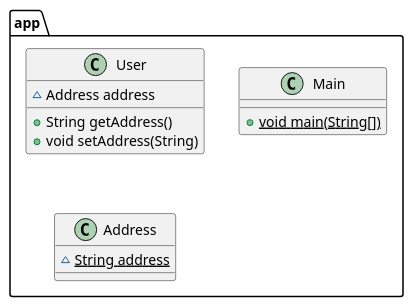
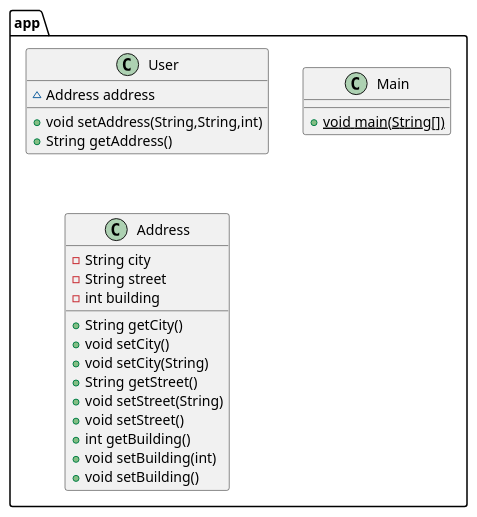
One commit to Serhii-Stepanenko-UA/User-on-GRASP-Expert changed the diagram in _uml_info_expert_user.puml. Above: the diagram before and after it, drawn with PlantUML. The commit also changed 3 other files, not shown here.

```diff
--- a/_uml_info_expert_user.puml
+++ b/_uml_info_expert_user.puml
@@ -1,17 +1,29 @@
 @startuml
 class app.User {
 ~ Address address
++ void setAddress(String,String,int)
 + String getAddress()
-+ void setAddress(String)
 }
 
 
 class app.Main {
 + {static} void main(String[])
 }
 
 class app.Address {
-~ {static} String address
+- String city
+- String street
+- int building
++ String getCity()
++ void setCity()
++ void setCity(String)
++ String getStreet()
++ void setStreet(String)
++ void setStreet()
++ int getBuilding()
++ void setBuilding(int)
++ void setBuilding()
 }
 
+
 @enduml
```
